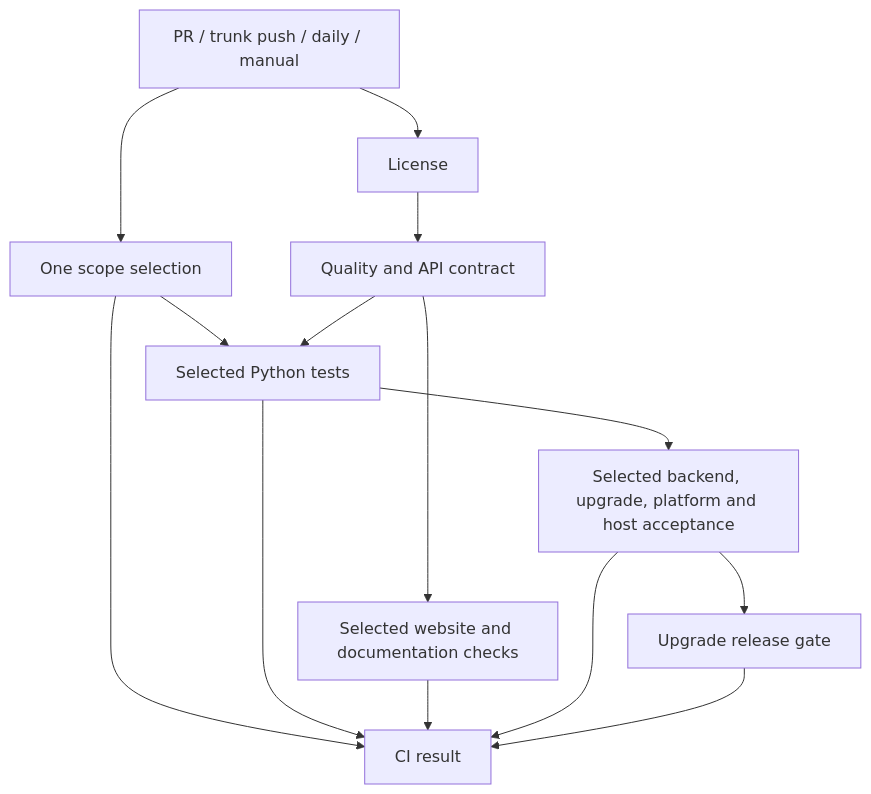
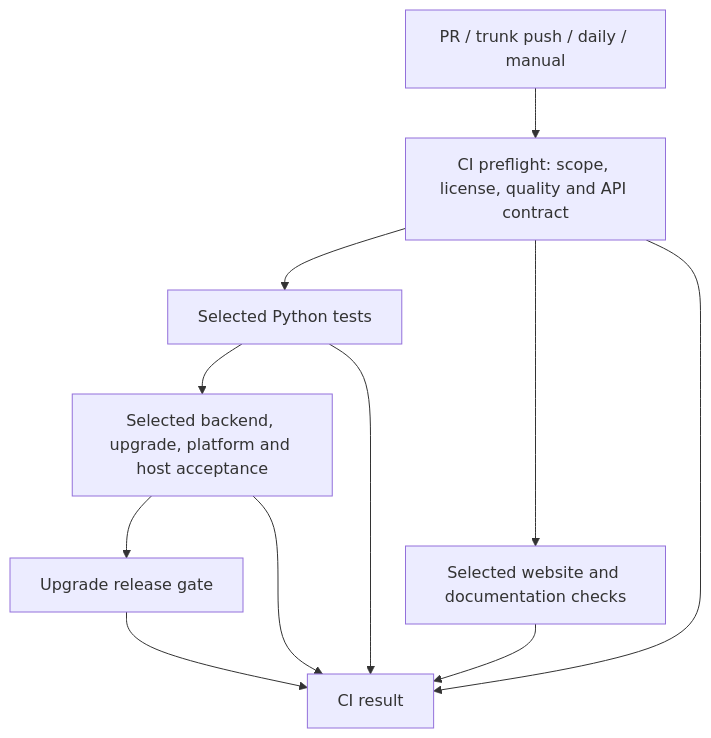
The diagram in docs/en/development/ci-scope.md (hidb4ai/powercontext), drawn with Mermaid before and after one commit. The commit also changed other lines of this file and 10 other files, not shown here.

````diff
--- a/docs/en/development/ci-scope.md
+++ b/docs/en/development/ci-scope.md
@@ -9,16 +9,13 @@
 ```mermaid
 flowchart TD
-  E[PR / trunk push / daily / manual] --> S[One scope selection]
-  E --> L[License]
-  L --> Q[Quality and API contract]
-  S --> T[Selected Python tests]
-  Q --> T
+  E[PR / trunk push / daily / manual] --> Q[CI preflight: scope, license, quality and API contract]
+  Q --> T[Selected Python tests]
   Q --> W[Selected website and documentation checks]
   T --> H[Selected backend, upgrade, platform and host acceptance]
   H --> U[Upgrade release gate]
-  S --> R[CI result]
+  Q --> R[CI result]
   T --> R
   W --> R
   H --> R
   U --> R
 ```
````
